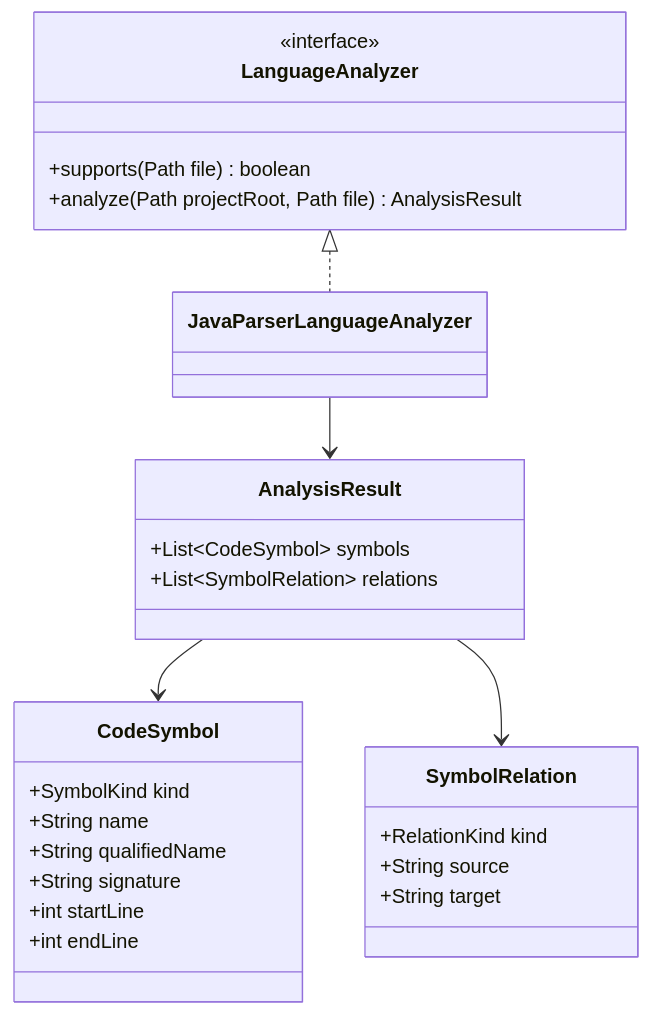
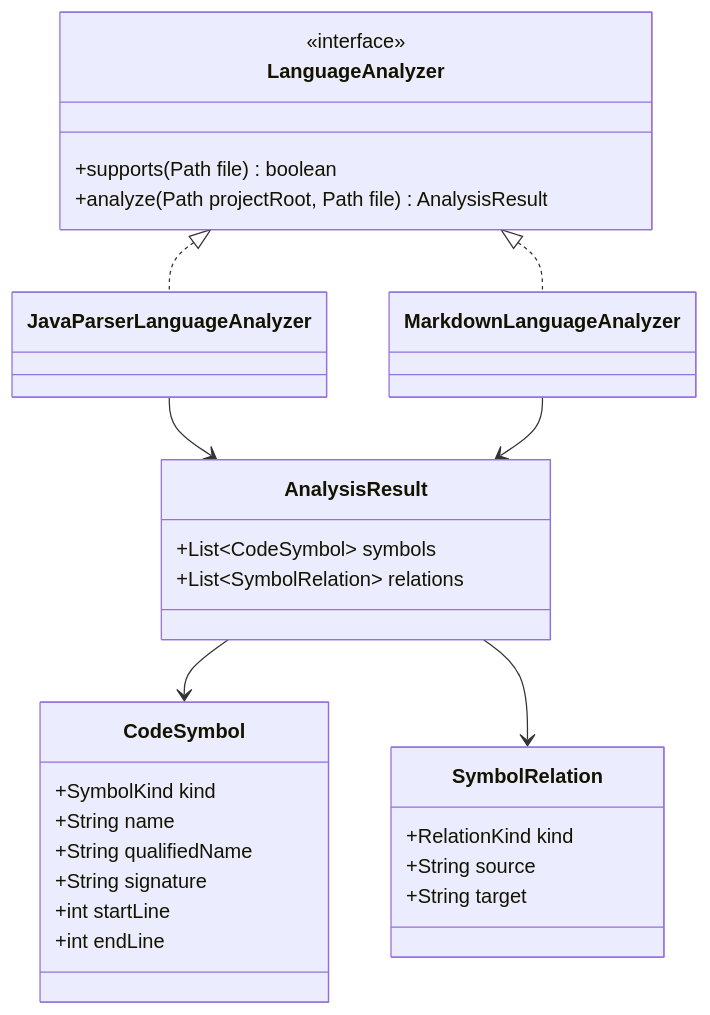
One commit to FTurleque/nexus-context-engine changed the second of 2 diagrams in docs/developer/indexing-pipeline.md. Above: the diagram before and after it, drawn with Mermaid. The commit also changed other lines of this file, not shown here.

````diff
--- a/docs/developer/indexing-pipeline.md
+++ b/docs/developer/indexing-pipeline.md
@@ -225,35 +248,38 @@
 ```mermaid
 classDiagram
     class LanguageAnalyzer {
         <<interface>>
         +supports(Path file) boolean
         +analyze(Path projectRoot, Path file) AnalysisResult
     }
 
     class JavaParserLanguageAnalyzer
+    class MarkdownLanguageAnalyzer
 
     class AnalysisResult {
         +List~CodeSymbol~ symbols
         +List~SymbolRelation~ relations
     }
 
     class CodeSymbol {
         +SymbolKind kind
         +String name
         +String qualifiedName
         +String signature
         +int startLine
         +int endLine
     }
 
     class SymbolRelation {
         +RelationKind kind
         +String source
         +String target
     }
 
     LanguageAnalyzer <|.. JavaParserLanguageAnalyzer
+    LanguageAnalyzer <|.. MarkdownLanguageAnalyzer
     JavaParserLanguageAnalyzer --> AnalysisResult
+    MarkdownLanguageAnalyzer --> AnalysisResult
     AnalysisResult --> CodeSymbol
     AnalysisResult --> SymbolRelation
 ```
````
